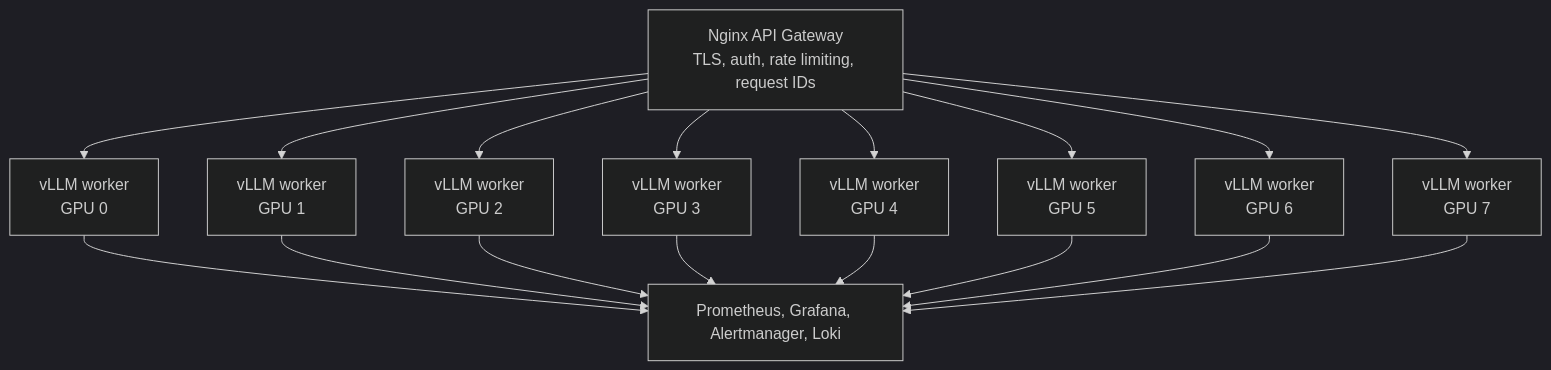
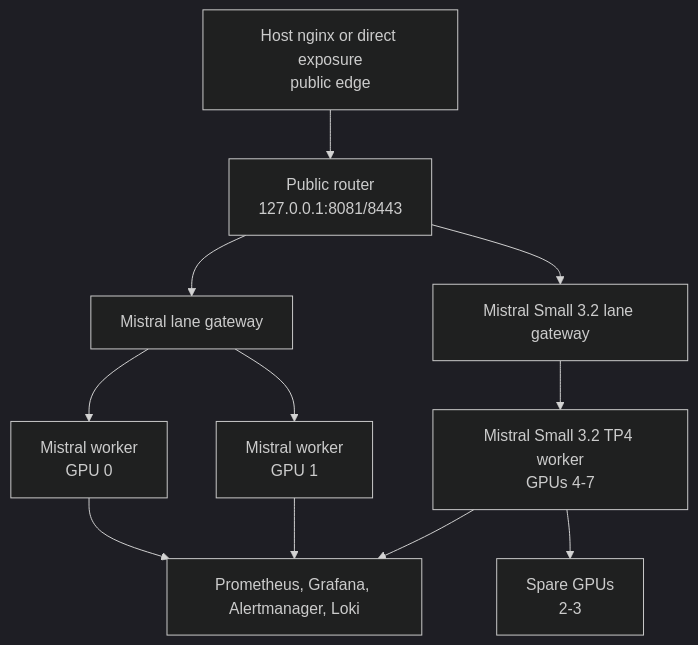
One commit to subashram/h100-mistral7b-setup changed the diagram in README.md. Above: the diagram before and after it, drawn with Mermaid (dark theme). The commit also changed other lines of this file and 16 other files, not shown here.

Commit message:
Add Mistral Small 3.2 serving lane

````diff
--- a/README.md
+++ b/README.md
@@ -43,20 +44,13 @@
 ```mermaid
 flowchart TD
-    gateway["Nginx API Gateway<br/>TLS, auth, rate limiting, request IDs"] --> g0["vLLM worker<br/>GPU 0"]
-    gateway --> g1["vLLM worker<br/>GPU 1"]
-    gateway --> g2["vLLM worker<br/>GPU 2"]
-    gateway --> g3["vLLM worker<br/>GPU 3"]
-    gateway --> g4["vLLM worker<br/>GPU 4"]
-    gateway --> g5["vLLM worker<br/>GPU 5"]
-    gateway --> g6["vLLM worker<br/>GPU 6"]
-    gateway --> g7["vLLM worker<br/>GPU 7"]
-
-    g0 --> obs["Prometheus, Grafana, Alertmanager, Loki"]
-    g1 --> obs
-    g2 --> obs
-    g3 --> obs
-    g4 --> obs
-    g5 --> obs
-    g6 --> obs
-    g7 --> obs
+    public["Host nginx or direct exposure<br/>public edge"] --> router["Public router<br/>127.0.0.1:8081/8443"]
+    router --> mgtw["Mistral lane gateway"]
+    router --> xgtw["Mistral Small 3.2 lane gateway"]
+    mgtw --> m0["Mistral worker<br/>GPU 0"]
+    mgtw --> m1["Mistral worker<br/>GPU 1"]
+    xgtw --> x0["Mistral Small 3.2 TP4 worker<br/>GPUs 4-7"]
+    x0 --> spare["Spare GPUs<br/>2-3"]
+    m0 --> obs["Prometheus, Grafana, Alertmanager, Loki"]
+    m1 --> obs
+    x0 --> obs
 ```
````
